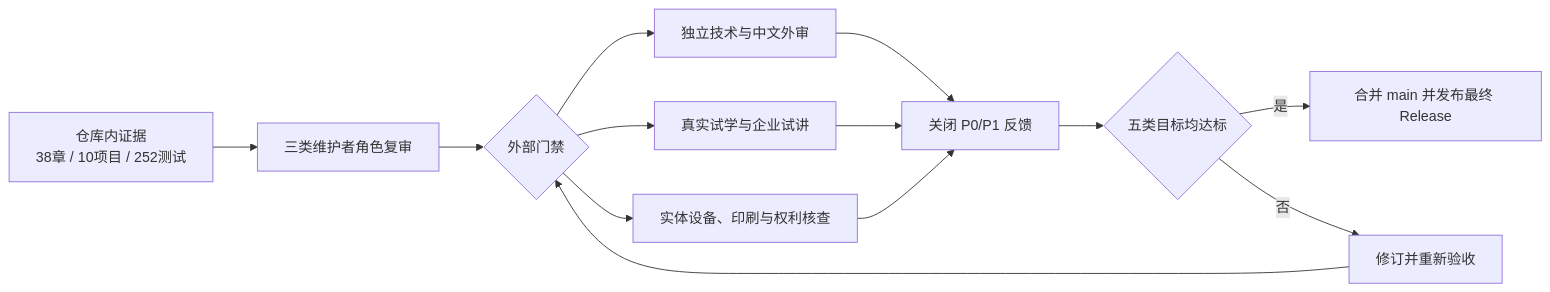
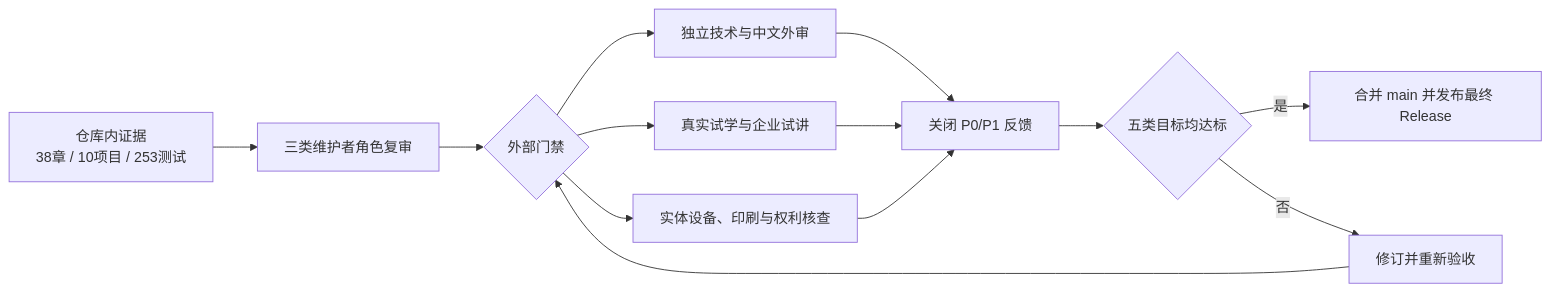
The diagram in docs/final-acceptance.md (wujinjun/ai-agent-book), drawn with Mermaid before and after one commit. The commit also changed 30 other files, not shown here.

````diff
--- a/docs/final-acceptance.md
+++ b/docs/final-acceptance.md
@@ -5,18 +5,18 @@
 ```mermaid
 %% id: p9-final-acceptance-gates
 %% title: P9 最终验收门禁
 %% alt: 仓库内技术出版培训证据完成后，还必须经过独立外审、真实试学试讲、实体设备印刷和最终发布，才能关闭 P9
 flowchart LR
-    Repo["仓库内证据<br/>38章 / 10项目 / 252测试"] --> Internal["三类维护者角色复审"]
+    Repo["仓库内证据<br/>38章 / 10项目 / 253测试"] --> Internal["三类维护者角色复审"]
     Internal --> External{外部门禁}
     External --> Review[独立技术与中文外审]
     External --> Trial[真实试学与企业试讲]
     External --> Device[实体设备、印刷与权利核查]
     Review --> Feedback[关闭 P0/P1 反馈]
     Trial --> Feedback
     Device --> Feedback
     Feedback --> Score{五类目标均达标}
     Score -->|是| Release[合并 main 并发布最终 Release]
     Score -->|否| Improve[修订并重新验收]
     Improve --> External
 ```
````
